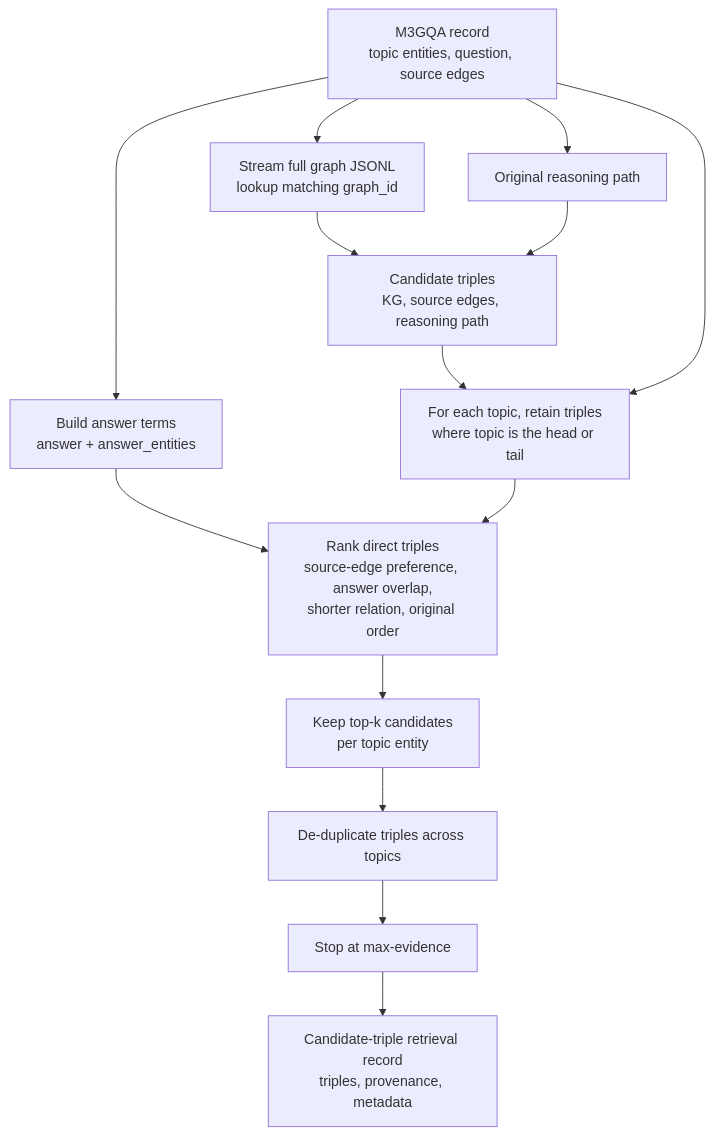
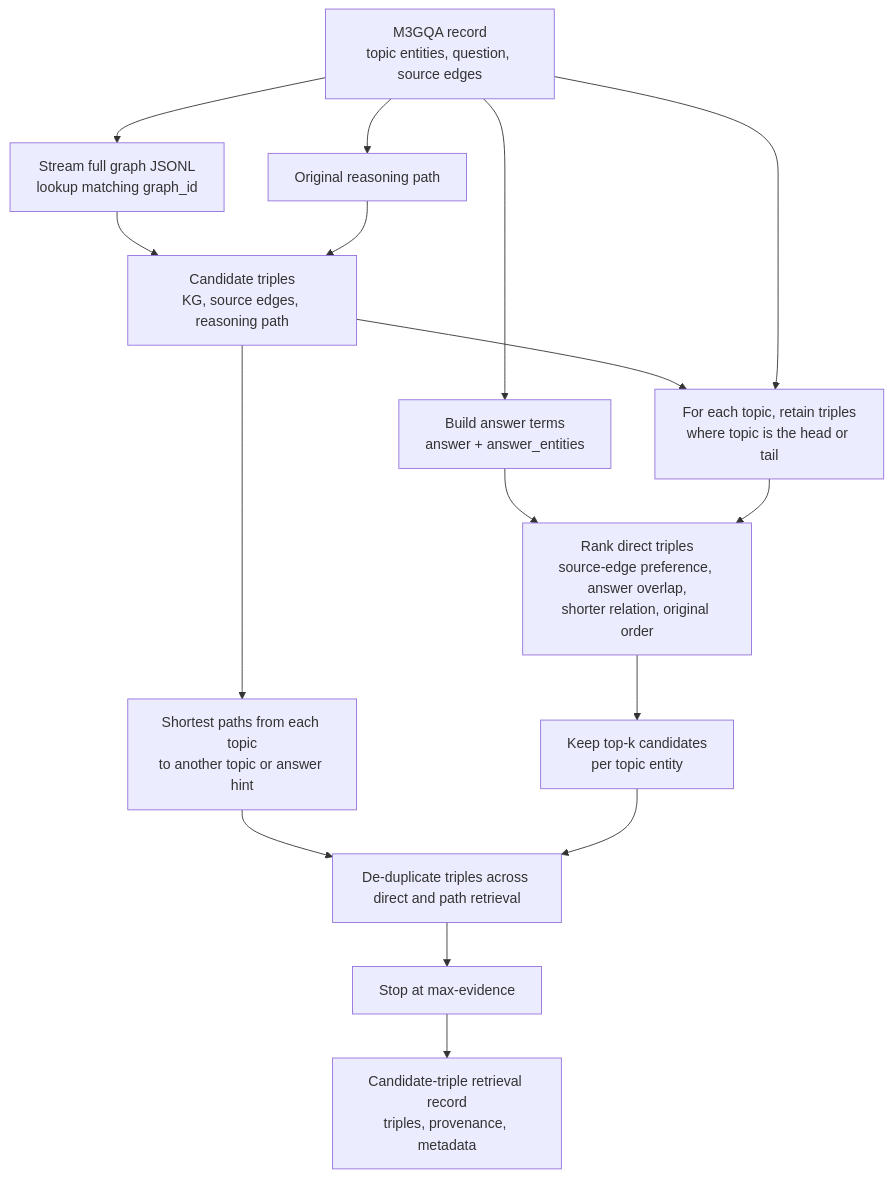
One commit to asep-fajar-firmansyah/KILT changed the diagram in kilt_synmes/README.md. Above: the diagram before and after it, drawn with Mermaid. The commit also changed other lines of this file and 2 other files, not shown here.

Commit message:
update candidate triple retrieval module

````diff
--- a/kilt_synmes/README.md
+++ b/kilt_synmes/README.md
@@ -16,17 +18,19 @@
 ```mermaid
 flowchart TD
   split[M3GQA record\ntopic entities, question, source edges] --> graphLookup[Stream full graph JSONL\nlookup matching graph_id]
   split --> reasoning[Original reasoning path]
   graphLookup --> candidates[Candidate triples\nKG, source edges, reasoning path]
   reasoning --> candidates
   split --> queryTerms[Build answer terms\nanswer + answer_entities]
 
   candidates --> direct[For each topic, retain triples\nwhere topic is the head or tail]
   split --> direct
   queryTerms --> rank[Rank direct triples\nsource-edge preference, answer overlap,\nshorter relation, original order]
   direct --> rank
   rank --> topK[Keep top-k candidates\nper topic entity]
-  topK --> dedupe[De-duplicate triples across topics]
+  candidates --> paths[Shortest paths from each topic\nto another topic or answer hint]
+  paths --> dedupe[De-duplicate triples across direct and path retrieval]
+  topK --> dedupe
   dedupe --> cap[Stop at max-evidence]
   cap --> retrieval[Candidate-triple retrieval record\ntriples, provenance, metadata]
 ```
````
